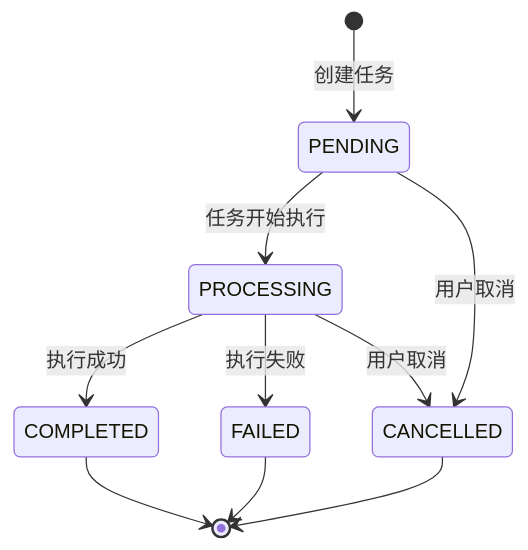
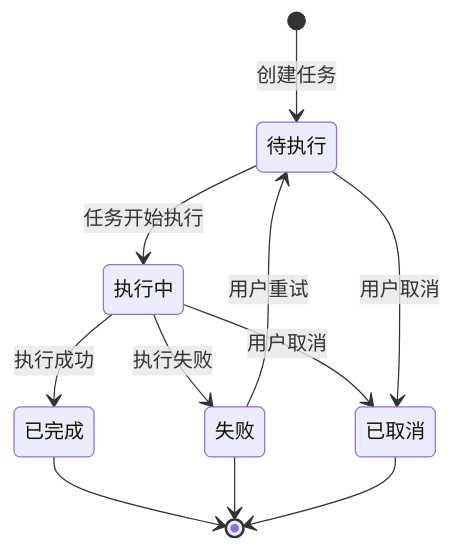
One commit to earthy-zinc/dehaze-system changed the diagram in dehaze-doc/docs/03-模块设计/基础模块/任务管理/需求规格.md. Above: the diagram before and after it, drawn with Mermaid. The commit also changed other lines of this file and 1067 other files, not shown here.

````diff
--- a/dehaze-doc/docs/03-模块设计/基础模块/任务管理/需求规格.md
+++ b/dehaze-doc/docs/03-模块设计/基础模块/任务管理/需求规格.md
@@ -237,12 +248,13 @@
 ```mermaid
 stateDiagram-v2
-    [*] --> PENDING: 创建任务
-    PENDING --> PROCESSING: 任务开始执行
-    PROCESSING --> COMPLETED: 执行成功
-    PROCESSING --> FAILED: 执行失败
-    PROCESSING --> CANCELLED: 用户取消
-    PENDING --> CANCELLED: 用户取消
-    COMPLETED --> [*]
-    FAILED --> [*]
-    CANCELLED --> [*]
+    [*] --> 待执行: 创建任务
+    待执行 --> 执行中: 任务开始执行
+    执行中 --> 已完成: 执行成功
+    执行中 --> 失败: 执行失败
+    执行中 --> 已取消: 用户取消
+    待执行 --> 已取消: 用户取消
+    失败 --> 待执行: 用户重试
+    已完成 --> [*]
+    失败 --> [*]
+    已取消 --> [*]
 ```
````
